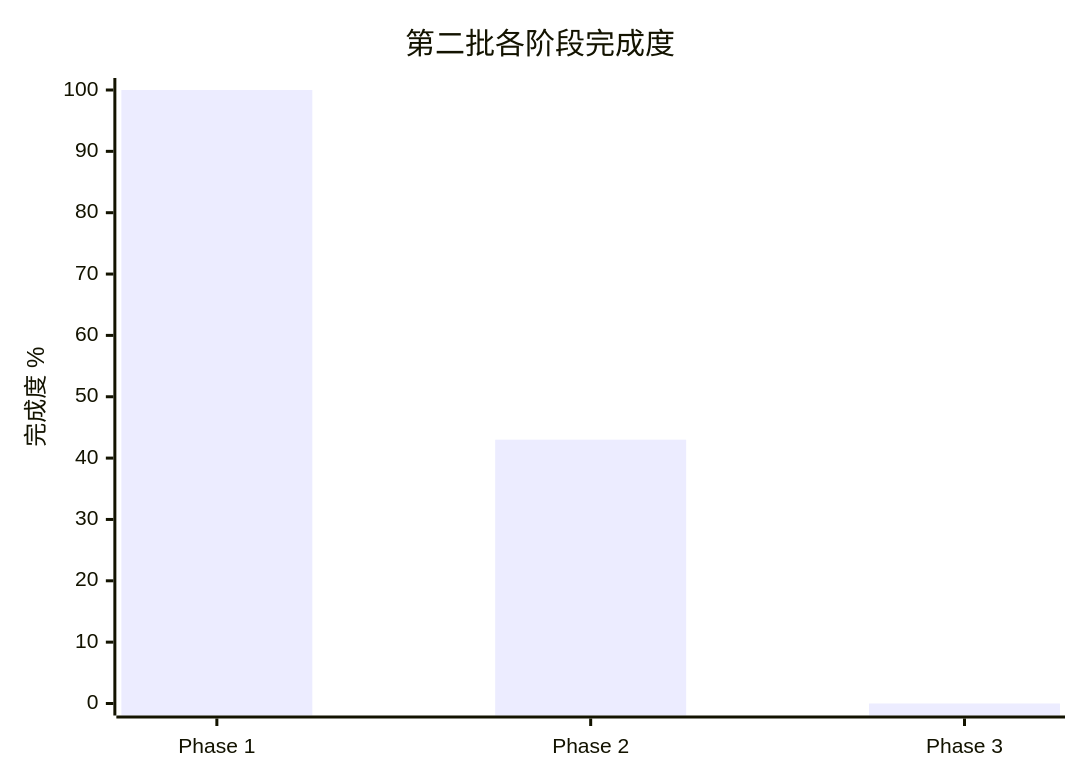
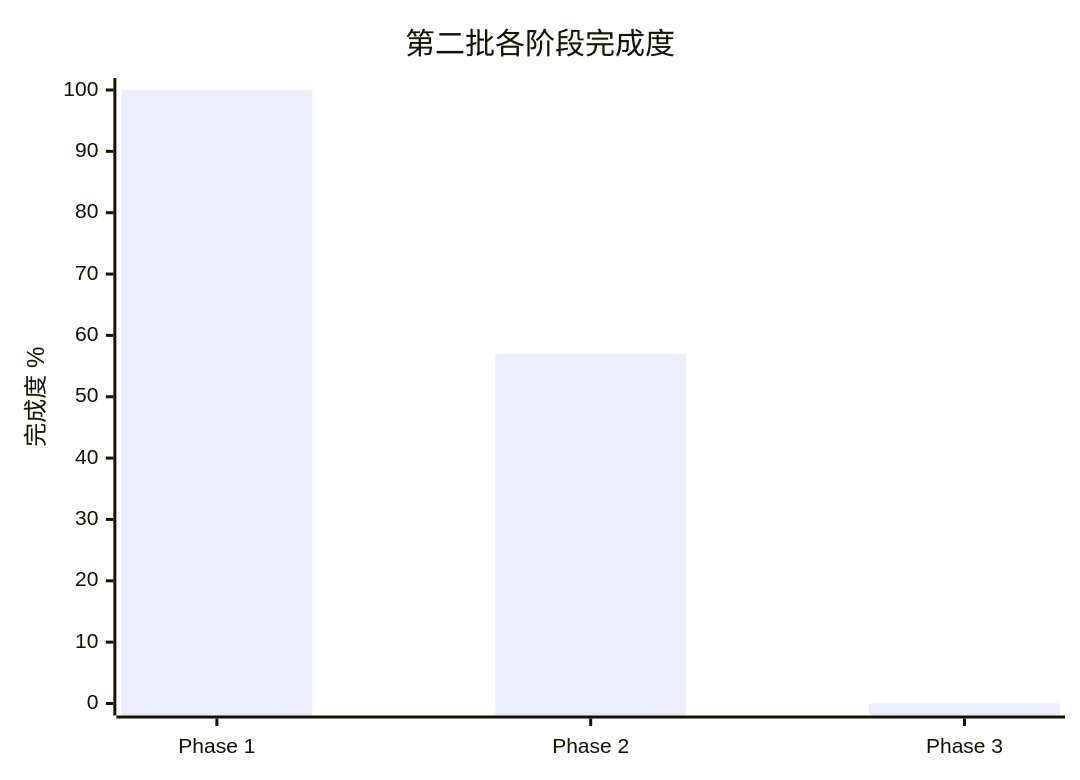
Before and after one commit to ceasarXuu/WhaleCode: the diagram in docs/migration/codex-sync/2026-08-01-upstream-baseline-and-test-gates.md, drawn with Mermaid. The commit also changed other lines of this file and 2 other files, not shown here.

````diff
--- a/docs/migration/codex-sync/2026-08-01-upstream-baseline-and-test-gates.md
+++ b/docs/migration/codex-sync/2026-08-01-upstream-baseline-and-test-gates.md
@@ -24,7 +26,7 @@
 ```mermaid
 xychart-beta
   title "第二批各阶段完成度"
   x-axis ["Phase 1", "Phase 2", "Phase 3"]
   y-axis "完成度 %" 0 --> 100
-  bar [100, 43, 0]
+  bar [100, 57, 0]
 ```
````
